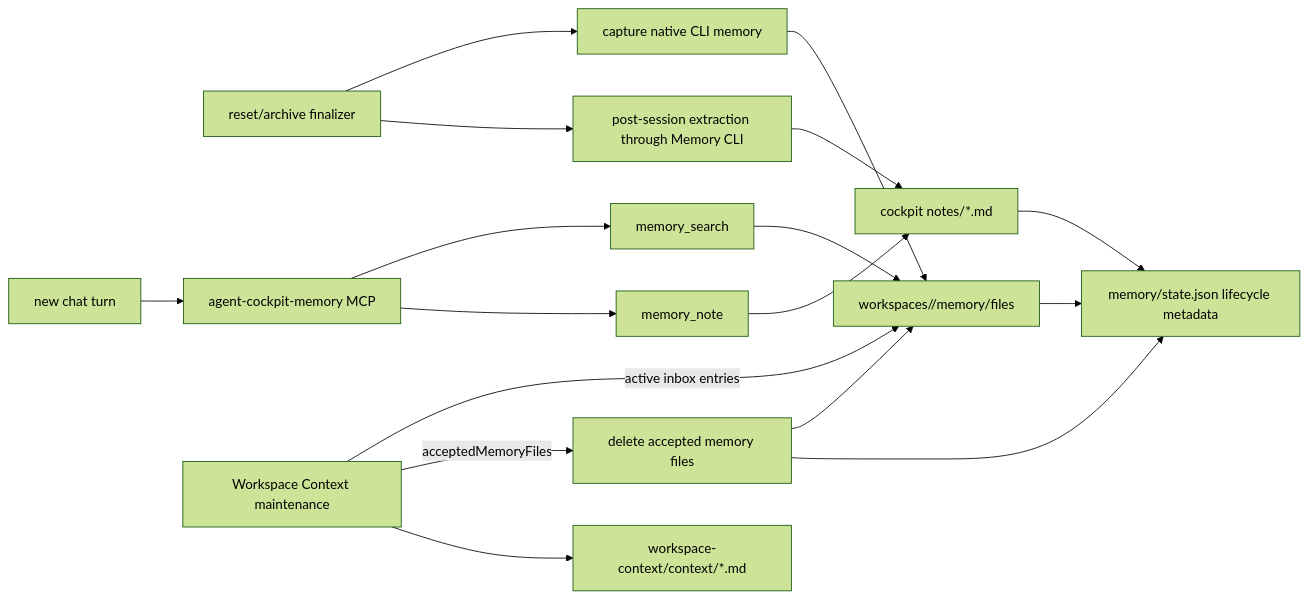
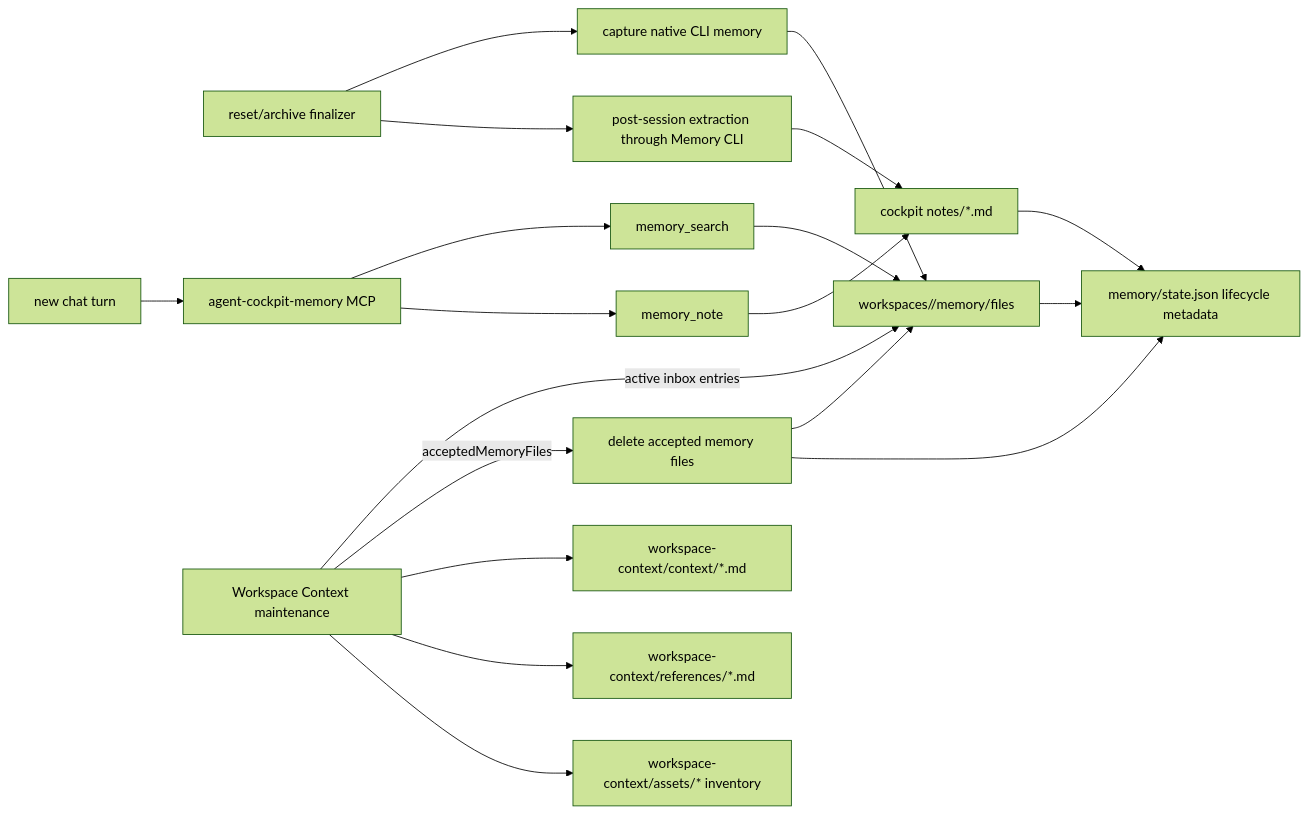
Before and after one commit to daronyondem/agent-cockpit: the fifth of 9 diagrams in docs/spec-coverage.md, drawn with Mermaid (forest theme). The commit also changed other lines of this file and 20 other files, not shown here.

Commit message:
Add Workspace Context references and assets

````diff
--- a/docs/spec-coverage.md
+++ b/docs/spec-coverage.md
@@ -174,19 +174,21 @@
 ```mermaid
 flowchart LR
   SessionEnd["reset/archive finalizer"] --> Capture["capture native CLI memory"]
   Capture --> Files["workspaces/<storageKey>/memory/files"]
   Files --> State["memory/state.json lifecycle metadata"]
   SessionEnd --> Extract["post-session extraction through Memory CLI"]
   Extract --> Notes["cockpit notes/*.md"]
   Notes --> State
   ChatTurn["new chat turn"] --> MCP["agent-cockpit-memory MCP"]
   MCP --> Search["memory_search"]
   MCP --> Write["memory_note"]
   Search --> Files
   Write --> Notes
   WCMaint["Workspace Context maintenance"] -->|active inbox entries| Files
   WCMaint -->|acceptedMemoryFiles| Delete["delete accepted memory files"]
   Delete --> Files
   Delete --> State
   WCMaint --> WCContext["workspace-context/context/*.md"]
+  WCMaint --> WCRefs["workspace-context/references/*.md"]
+  WCMaint --> WCAssets["workspace-context/assets/* inventory"]
 ```
````
